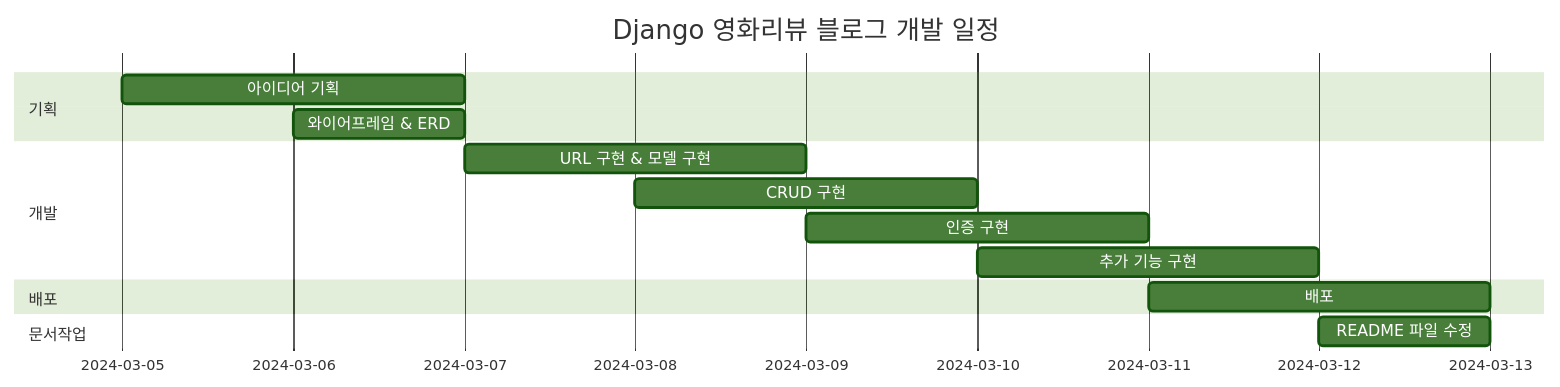
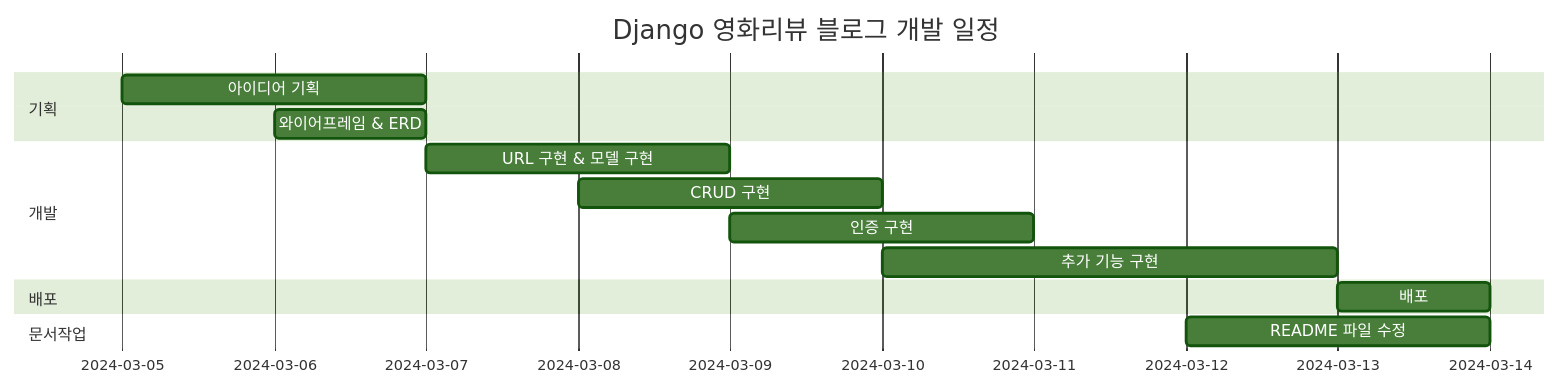
The second of 3 diagrams in README.md (JoohyungDev/movie-review-blog), drawn with Mermaid (forest theme) before and after one commit.

````diff
--- a/README.md
+++ b/README.md
@@ -240,17 +240,18 @@
 ```mermaid
 gantt
     dateFormat  YYYY-MM-DD
     title Django 영화리뷰 블로그 개발 일정
     section 기획
     아이디어 기획 :a1, 2024-03-05, 2024-03-07
     와이어프레임 & ERD :a2, 2024-03-06, 2024-03-07
     section 개발
     URL 구현 & 모델 구현 :a3, 2024-03-07, 2024-03-09
     CRUD 구현 :a4, 2024-03-08, 2024-03-10
     인증 구현 :a5, 2024-03-09, 2024-03-11
-    추가 기능 구현 :a6, 2024-03-10, 2024-03-12
+    추가 기능 구현 :a6, 2024-03-10, 2024-03-13
     section 배포
-    배포 :a7, 2024-03-11, 2024-03-13
+    배포 :a7, 2024-03-13, 2024-03-14
     section 문서작업
-    README 파일 수정 :a8, 2024-03-12, 2024-03-13
+    README 파일 수정 :a8, 2024-03-12, 2024-03-14
+
 ```
````
